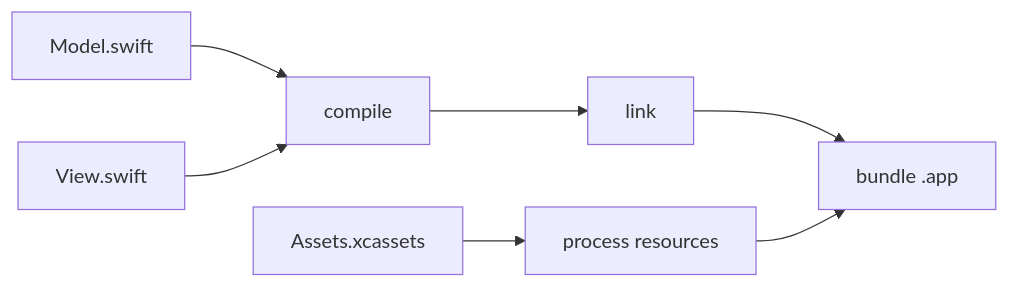
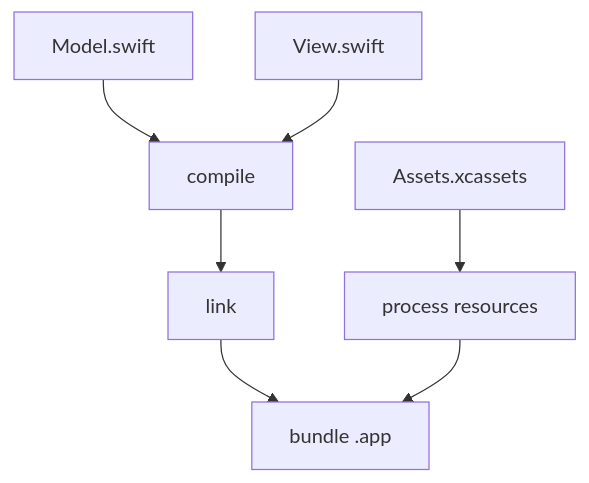
The diagram in server/priv/marketing/blog/2026/06/30/three-build-systems-one-graph.md (tuist/tuist), drawn with Mermaid before and after one commit. The commit also changed other lines of this file, not shown here.

````diff
--- a/server/priv/marketing/blog/2026/06/30/three-build-systems-one-graph.md
+++ b/server/priv/marketing/blog/2026/06/30/three-build-systems-one-graph.md
@@ -18,9 +18,9 @@
 ```mermaid
-graph LR
+graph TD
   model["Model.swift"] --> compile["compile"]
   view["View.swift"] --> compile
   compile --> link["link"]
   assets["Assets.xcassets"] --> resources["process resources"]
   link --> bundle["bundle .app"]
   resources --> bundle
 ```
````
